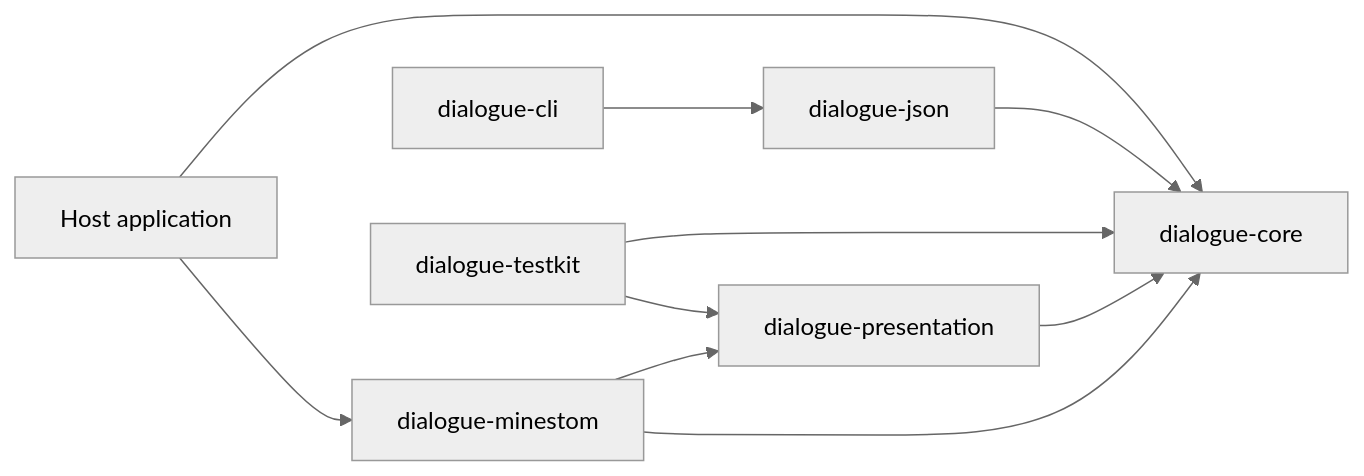
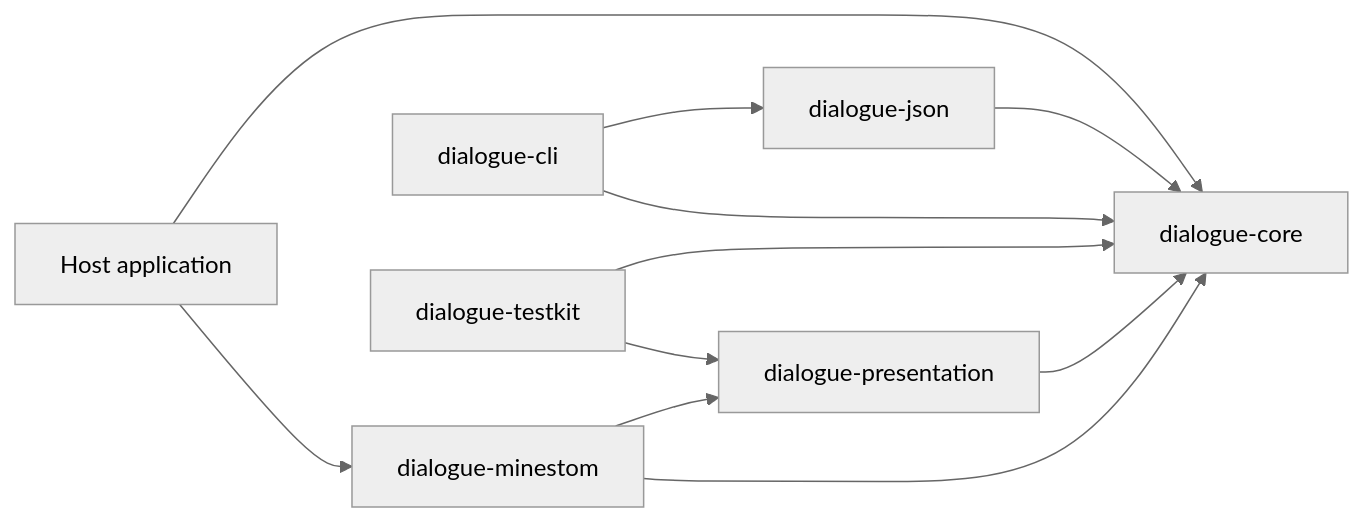
The diagram in docs/architecture.md (groundsgg/library-dialogue), drawn with Mermaid (neutral theme) before and after one commit. The commit also changed other lines of this file, not shown here.

````diff
--- a/docs/architecture.md
+++ b/docs/architecture.md
@@ -5,12 +5,13 @@
 ```mermaid
 flowchart LR
     Host[Host application] --> Core[dialogue-core]
     Host --> Native[dialogue-minestom]
     Native --> Presentation[dialogue-presentation]
     Native --> Core
     Presentation --> Core
     JSON[dialogue-json] --> Core
     CLI[dialogue-cli] --> JSON
+    CLI --> Core
     Testkit[dialogue-testkit] --> Core
     Testkit --> Presentation
 ```
````
